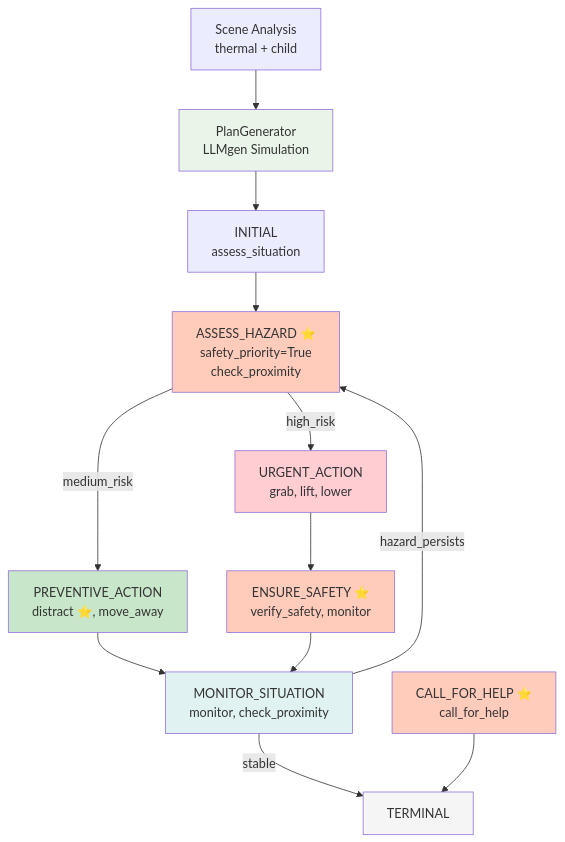
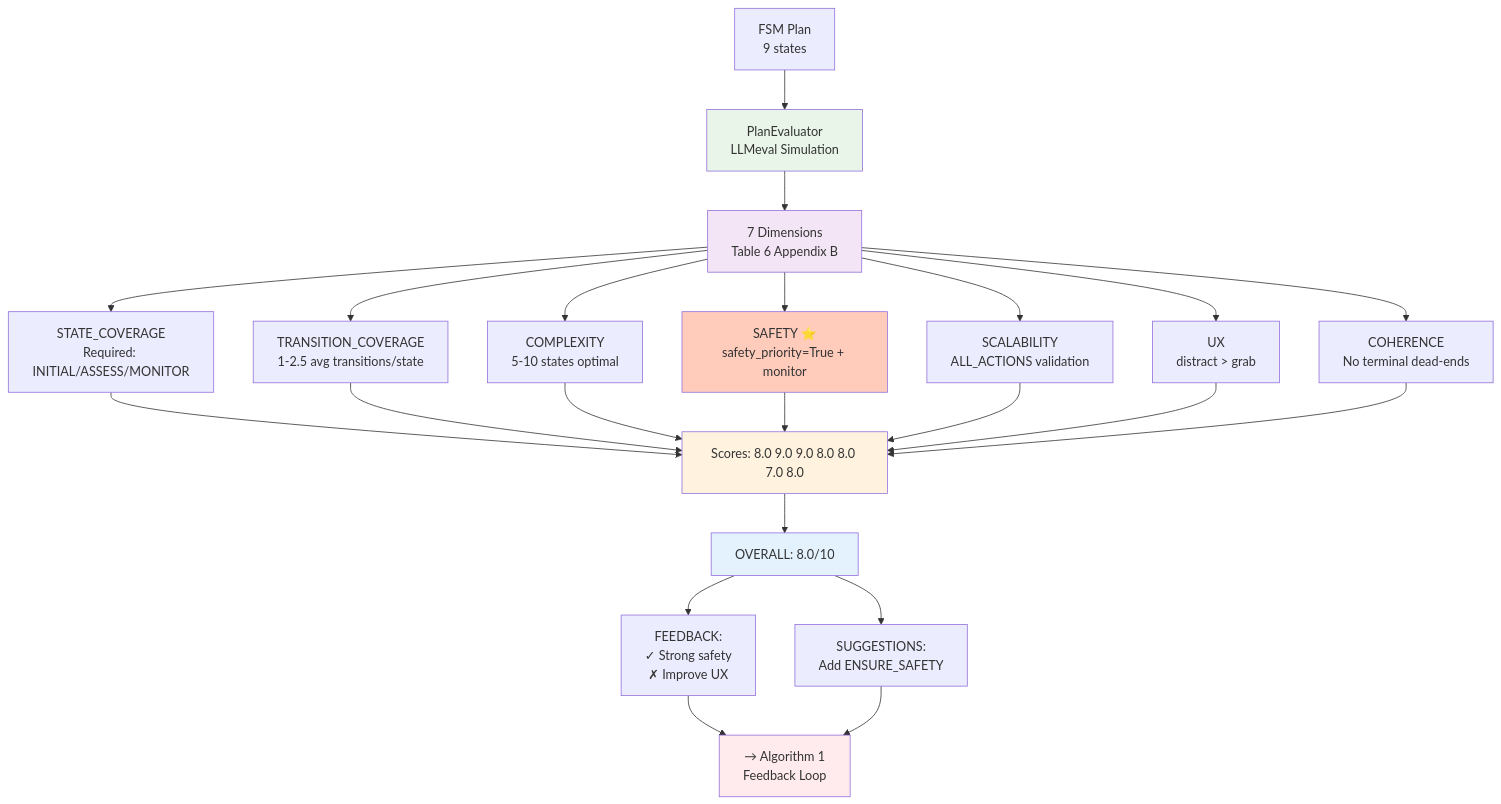
One commit to SivaaB/File_Leak_Detection changed the diagram in flowchart.md. Above: the diagram before and after it, drawn with Mermaid.

````diff
--- a/flowchart.md
+++ b/flowchart.md
@@ -1,32 +1,40 @@
 ```mermaid
 graph TD
-    A["Scene Analysis<br/>thermal + child"] --> B["PlanGenerator<br/>LLMgen Simulation"]
+    A["FSM Plan<br/>9 states"] --> B["PlanEvaluator<br/>LLMeval Simulation"]
     
-    B --> C["INITIAL<br/>assess_situation"]
-    C --> D["ASSESS_HAZARD ⭐<br/>safety_priority=True<br/>check_proximity"]
+    B --> C["7 Dimensions<br/>Table 6 Appendix B"]
     
-    D -->|high_risk| E["URGENT_ACTION<br/>grab, lift, lower"]
-    D -->|medium_risk| F["PREVENTIVE_ACTION<br/>distract ⭐, move_away"]
+    C --> D["STATE_COVERAGE<br/>Required: INITIAL/ASSESS/MONITOR"]
+    C --> E["TRANSITION_COVERAGE<br/>1-2.5 avg transitions/state"]
+    C --> F["COMPLEXITY<br/>5-10 states optimal"]
+    C --> G["SAFETY ⭐<br/>safety_priority=True + monitor"]
+    C --> H["SCALABILITY<br/>ALL_ACTIONS validation"]
+    C --> I["UX<br/>distract > grab"]
+    C --> J["COHERENCE<br/>No terminal dead-ends"]
     
-    E --> G["ENSURE_SAFETY ⭐<br/>verify_safety, monitor"]
-    F --> H["MONITOR_SITUATION<br/>monitor, check_proximity"]
+    D --> K["Scores: 8.0 9.0 9.0 8.0 8.0 7.0 8.0"]
+    E --> K
+    F --> K
+    G --> K
+    H --> K
+    I --> K
+    J --> K
     
-    G --> H
-    H -->|hazard_persists| D
-    H -->|stable| I["TERMINAL"]
+    K --> L["OVERALL: 8.0/10"]
     
-    J["CALL_FOR_HELP ⭐<br/>call_for_help"] --> I
+    L --> M["FEEDBACK:<br/>✓ Strong safety<br/>✗ Improve UX"]
+    L --> N["SUGGESTIONS:<br/>Add ENSURE_SAFETY"]
+    
+    M --> O["→ Algorithm 1<br/>Feedback Loop"]
+    N --> O
     
     style B fill:#e8f5e8
-    style D fill:#ffccbc
-    style E fill:#ffcdd2
-    style F fill:#c8e6c9
+    style C fill:#f3e5f5
     style G fill:#ffccbc
-    style H fill:#e0f2f1
-    style I fill:#f5f5f5
-    style J fill:#ffccbc
+    style K fill:#fff3e0
+    style L fill:#e3f2fd
+    style O fill:#ffebee
     
     classDef safety fill:#ffccbc
-    classDef cognitive fill:#c8e6c9
-    classDef urgent fill:#ffcdd2
+    classDef scores fill:#fff3e0
  ```
````
